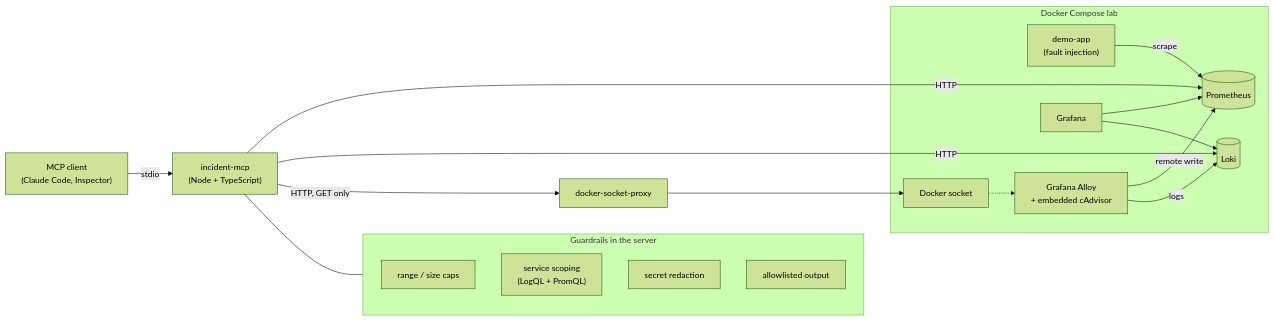
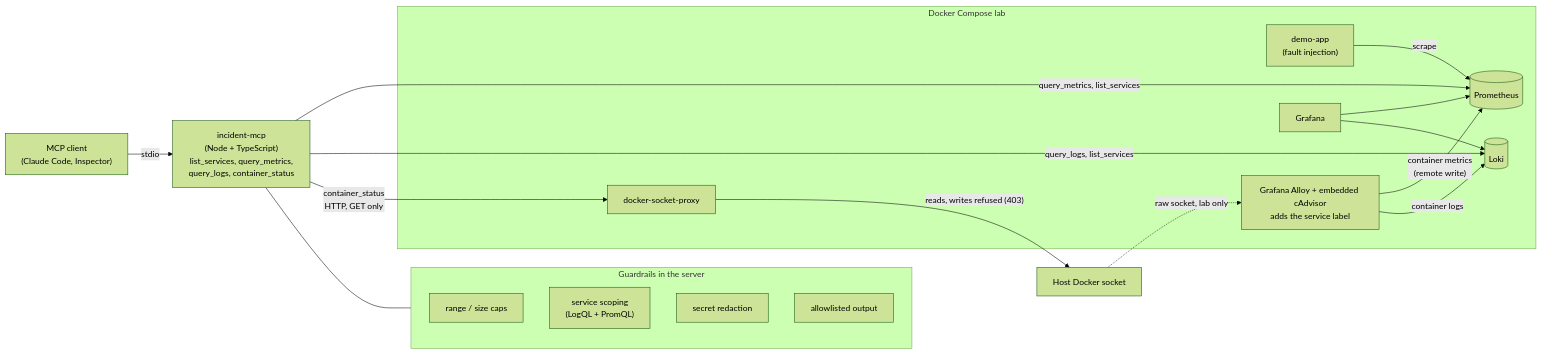
The diagram in README.md (4klud/incident-mcp), drawn with Mermaid (forest theme) before and after one commit.

Commit message:
Update README architecture diagram

````diff
--- a/README.md
+++ b/README.md
@@ -18,27 +18,30 @@
 ```mermaid
 flowchart LR
-    client["MCP client<br/>(Claude Code, Inspector)"] -- stdio --> server["incident-mcp<br/>(Node + TypeScript)"]
+    client["MCP client<br/>(Claude Code, Inspector)"] -- stdio --> server["incident-mcp<br/>(Node + TypeScript)<br/>list_services, query_metrics,<br/>query_logs, container_status"]
 
     subgraph guard["Guardrails in the server"]
         direction TB
         g1["range / size caps"]
         g2["service scoping<br/>(LogQL + PromQL)"]
         g3["secret redaction"]
         g4["allowlisted output"]
     end
     server --- guard
 
-    server -- HTTP --> prom[(Prometheus)]
-    server -- HTTP --> loki[(Loki)]
-    server -- "HTTP, GET only" --> proxy["docker-socket-proxy"]
-    proxy --> sock["Docker socket"]
+    server -- "query_metrics, list_services" --> prom[(Prometheus)]
+    server -- "query_logs, list_services" --> loki[(Loki)]
+    server -- "container_status<br/>HTTP, GET only" --> proxy["docker-socket-proxy"]
 
     subgraph lab["Docker Compose lab"]
         app["demo-app<br/>(fault injection)"] -- scrape --> prom
-        alloy["Grafana Alloy<br/>+ embedded cAdvisor"] -- remote write --> prom
-        alloy -- logs --> loki
-        sock -.-> alloy
+        alloy["Grafana Alloy + embedded cAdvisor<br/>adds the service label"] -- "container metrics<br/>(remote write)" --> prom
+        alloy -- "container logs" --> loki
         graf["Grafana"] --> prom
         graf --> loki
+        proxy
     end
+
+    sock["Host Docker socket"]
+    proxy -- "reads, writes refused (403)" --> sock
+    sock -. "raw socket, lab only" .-> alloy
 ```
````
